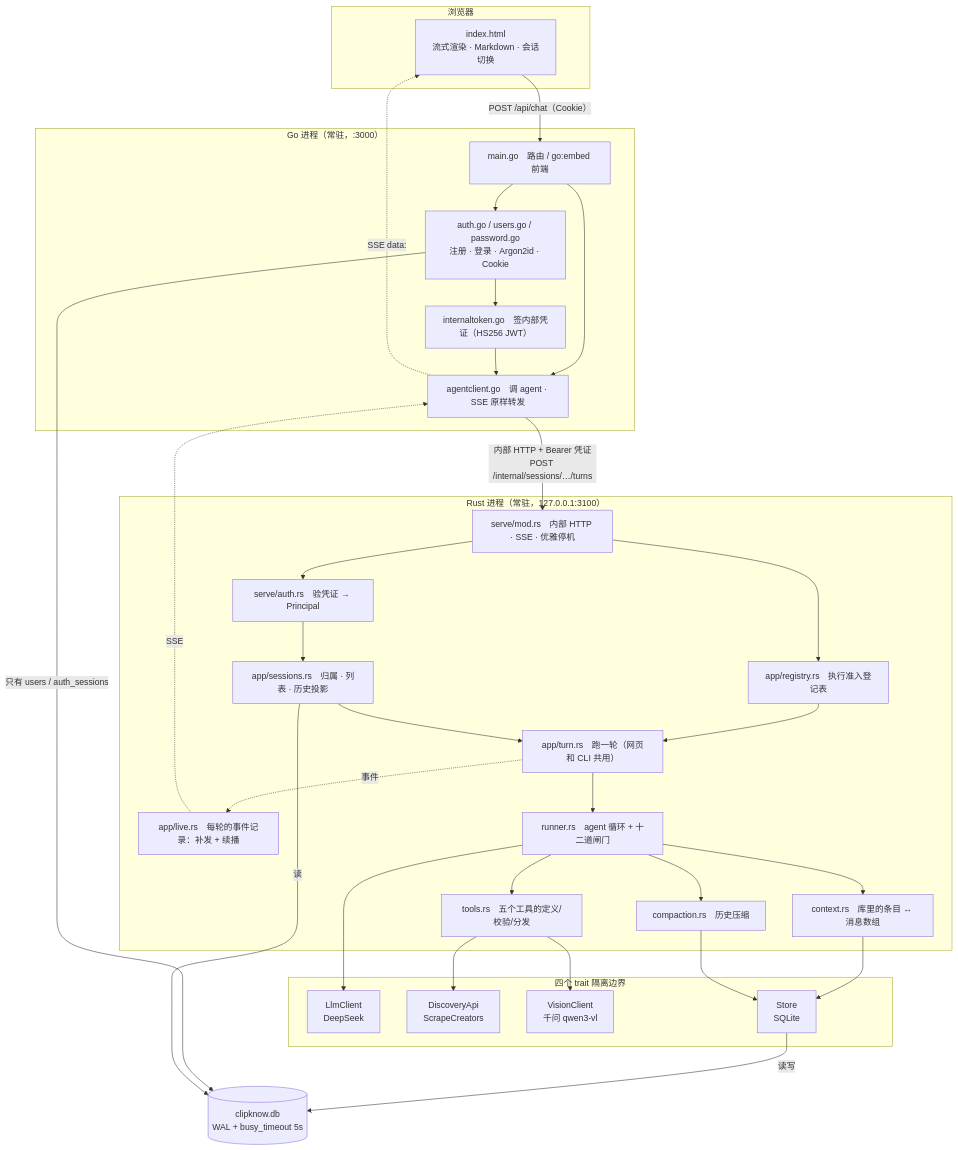
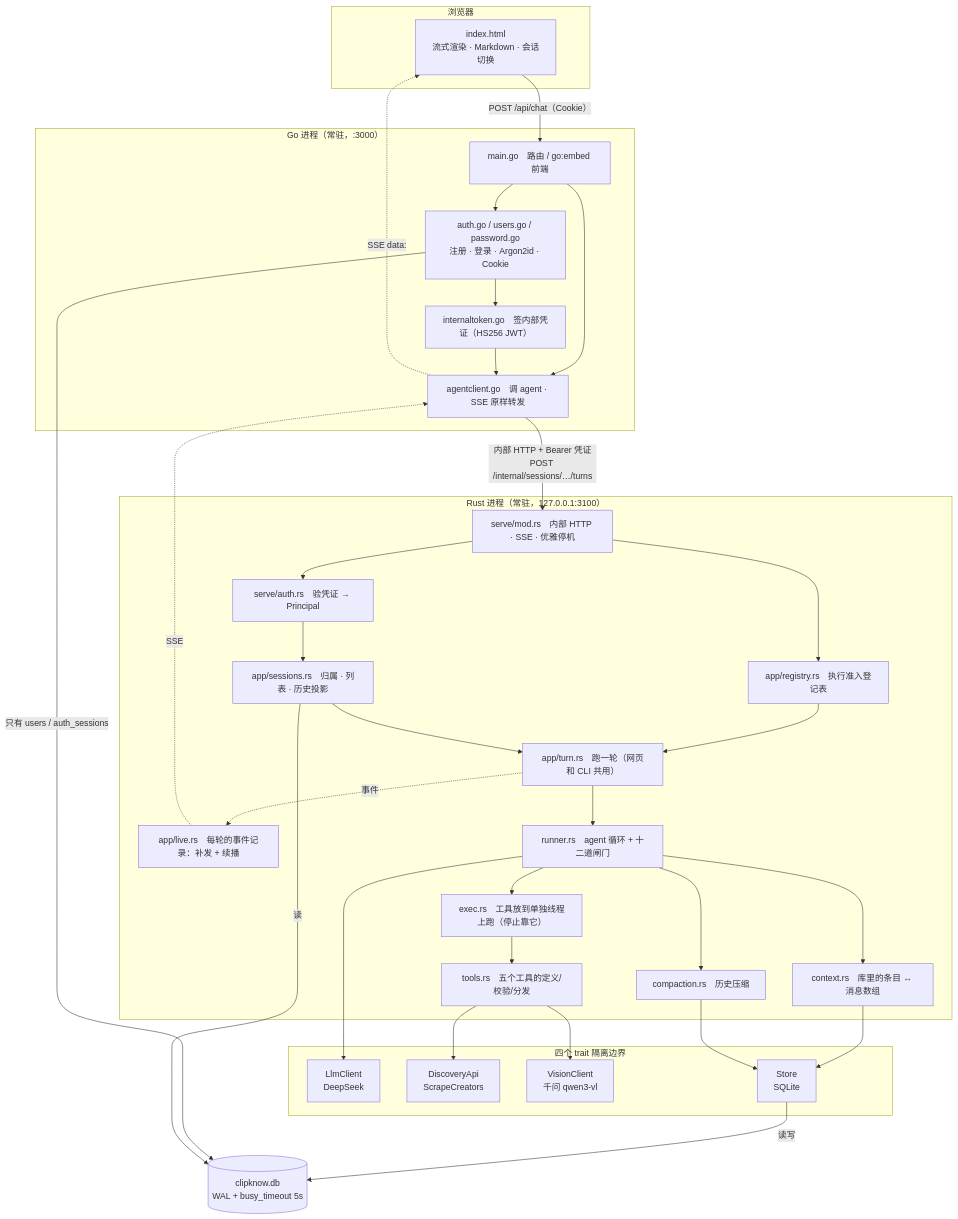
The diagram in README.md (hzroww/ClipKnow), drawn with Mermaid before and after one commit. The commit also changed other lines of this file, not shown here.

````diff
--- a/README.md
+++ b/README.md
@@ -25,62 +25,64 @@
 ```mermaid
 flowchart TB
     subgraph B["浏览器"]
         UI["index.html<br/>流式渲染 · Markdown · 会话切换"]
     end
 
     subgraph G["Go 进程（常驻，:3000）"]
         RT["main.go　路由 / go:embed 前端"]
         AU["auth.go / users.go / password.go<br/>注册 · 登录 · Argon2id · Cookie"]
         TK["internaltoken.go　签内部凭证（HS256 JWT）"]
         AG["agentclient.go　调 agent · SSE 原样转发"]
     end
 
     subgraph R["Rust 进程（常驻，127.0.0.1:3100）"]
         HT["serve/mod.rs　内部 HTTP · SSE · 优雅停机"]
         VF["serve/auth.rs　验凭证 → Principal"]
         SK["app/live.rs　每轮的事件记录：补发 + 续播"]
         AP["app/sessions.rs　归属 · 列表 · 历史投影"]
         RG["app/registry.rs　执行准入登记表"]
         TU["app/turn.rs　跑一轮（网页和 CLI 共用）"]
         RU["runner.rs　agent 循环 + 十二道闸门"]
+        EX["exec.rs　工具放到单独线程上跑（停止靠它）"]
         CO["compaction.rs　历史压缩"]
         TO["tools.rs　五个工具的定义/校验/分发"]
         CX["context.rs　库里的条目 ↔ 消息数组"]
     end
 
     subgraph X["四个 trait 隔离边界"]
         LL["LlmClient<br/>DeepSeek"]
         DA["DiscoveryApi<br/>ScrapeCreators"]
         VC["VisionClient<br/>千问 qwen3-vl"]
         SS["Store<br/>SQLite"]
     end
 
     DB[("clipknow.db<br/>WAL + busy_timeout 5s")]
 
     UI -- "POST /api/chat（Cookie）" --> RT
     RT --> AU
     RT --> AG
     AU --> TK
     TK --> AG
     AG -- "内部 HTTP + Bearer 凭证<br/>POST /internal/sessions/…/turns" --> HT
     HT --> VF
     VF --> AP
     HT --> RG
     RG --> TU
     AP --> TU
     TU --> RU
     RU --> CO
-    RU --> TO
+    RU --> EX
+    EX --> TO
     RU --> CX
     RU --> LL
     TO --> DA
     TO --> VC
     CX --> SS
     CO --> SS
     TU -. "事件" .-> SK
     SK -. "SSE" .-> AG
     AG -. "SSE data:" .-> UI
     SS -- 读写 --> DB
     AU -- "只有 users / auth_sessions" --> DB
     AP -- 读 --> DB
 ```
````
